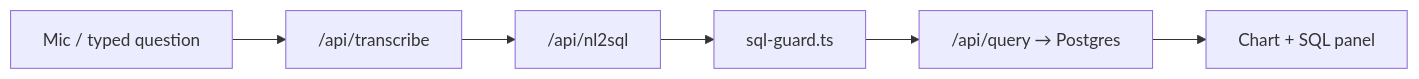
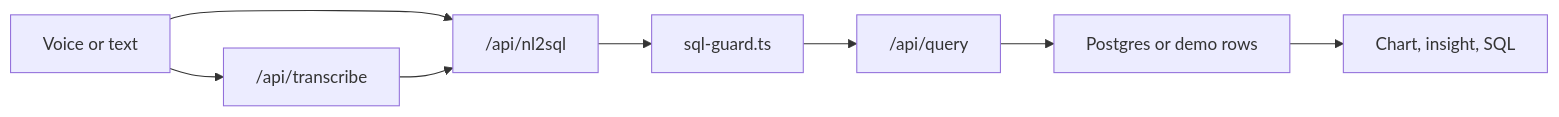
Before and after one commit to vishnup22/Vocalytics: the diagram in README.md, drawn with Mermaid. The commit also changed other lines of this file and 33 other files, not shown here.

````diff
--- a/README.md
+++ b/README.md
@@ -20,8 +17,10 @@
 ```mermaid
 flowchart LR
-  Mic[Mic / typed question] --> STT["/api/transcribe"]
-  STT --> NL["/api/nl2sql"]
+  Input[Voice or text] --> STT["/api/transcribe"]
+  Input --> NL["/api/nl2sql"]
+  STT --> NL
   NL --> Guard["sql-guard.ts"]
-  Guard --> DB["/api/query → Postgres"]
-  DB --> UI["Chart + SQL panel"]
+  Guard --> Query["/api/query"]
+  Query --> DB["Postgres or demo rows"]
+  DB --> UI["Chart, insight, SQL"]
 ```
````
